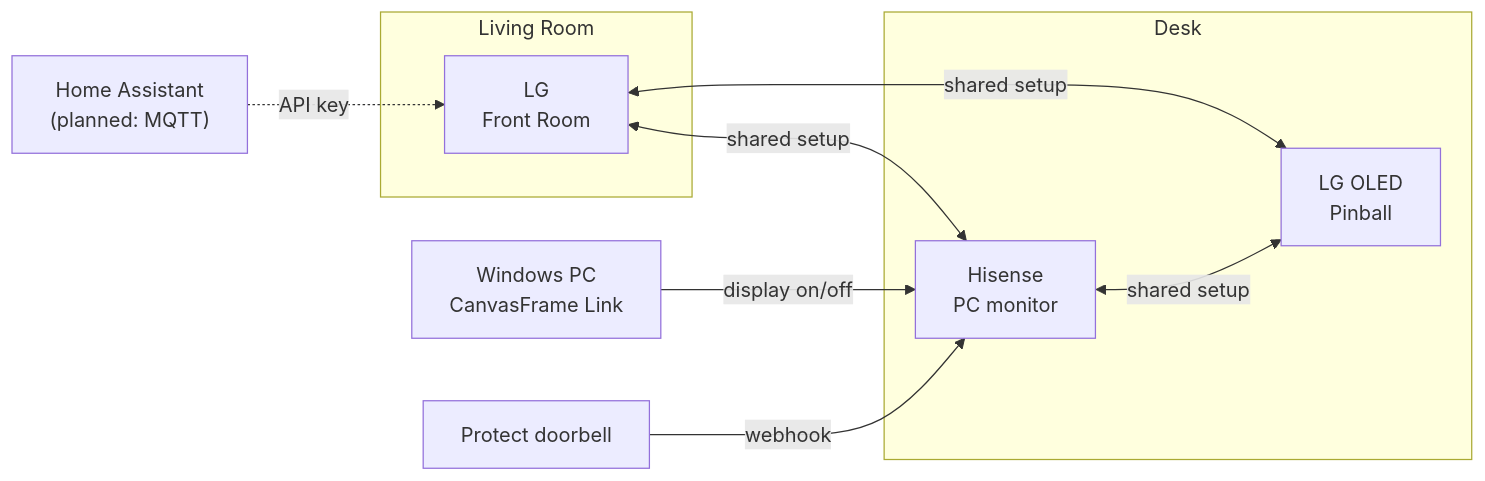
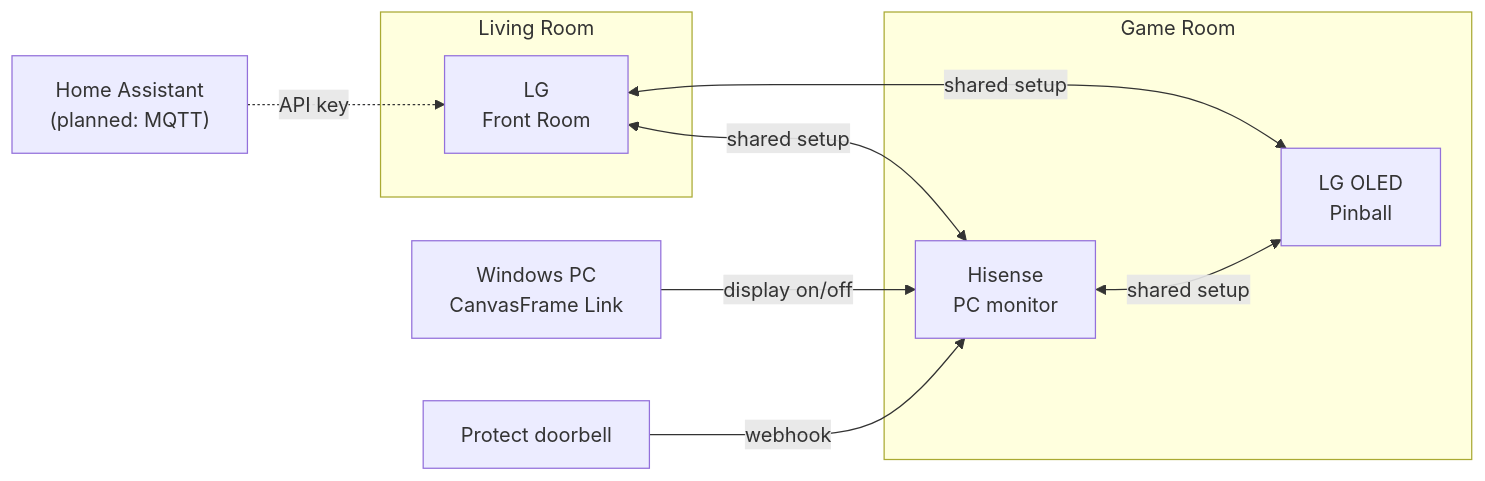
The diagram in README.md (JWille/CanvasFrame), drawn with Mermaid before and after one commit. The commit also changed other lines of this file and 22 other files, not shown here.

````diff
--- a/README.md
+++ b/README.md
@@ -210,19 +210,19 @@
 ```mermaid
 flowchart LR
     subgraph LIV["Living Room"]
         FR["LG<br/>Front Room"]
     end
-    subgraph DSK["Desk"]
+    subgraph GAME["Game Room"]
         HS["Hisense<br/>PC monitor"]
         PB["LG OLED<br/>Pinball"]
     end
     PC["Windows PC<br/>CanvasFrame Link"]
     DB["Protect doorbell"]
     HA["Home Assistant<br/>(planned: MQTT)"]
     FR <-->|shared setup| HS
     FR <-->|shared setup| PB
     HS <-->|shared setup| PB
     PC -->|display on/off| HS
     DB -->|webhook| HS
     HA -.->|API key| FR
 ```
````
